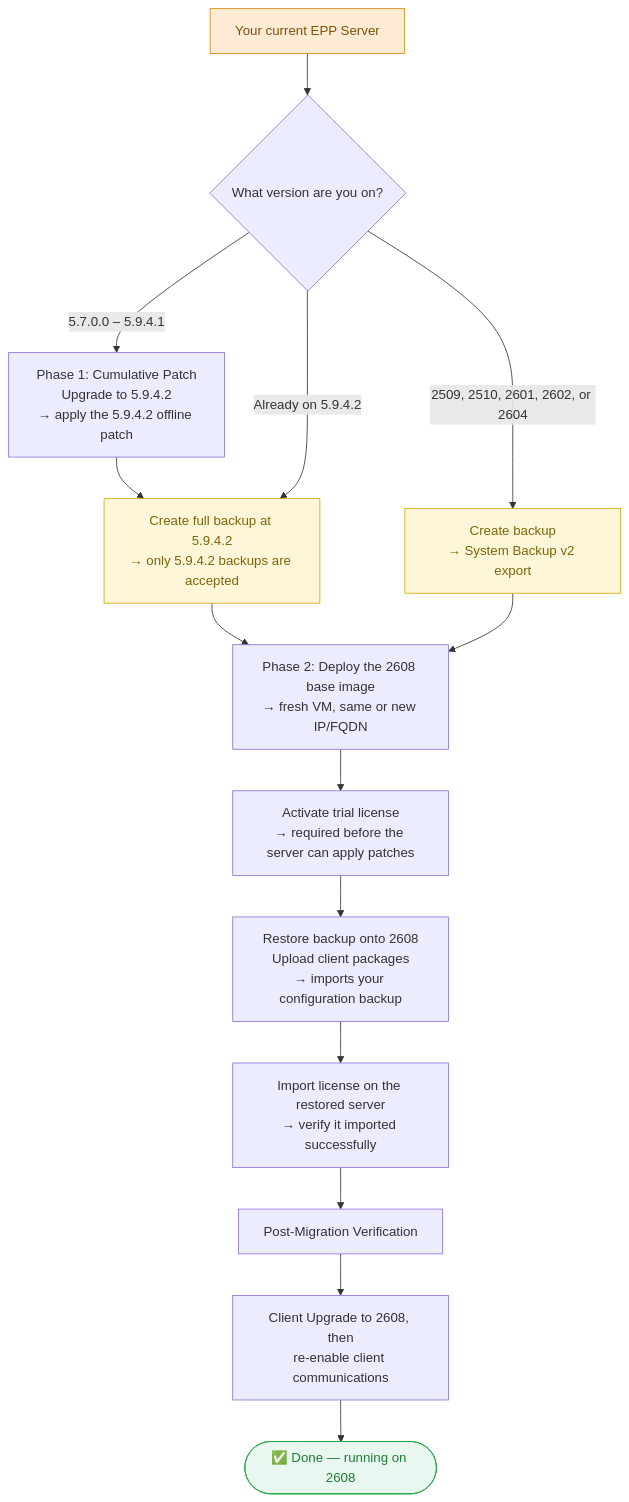
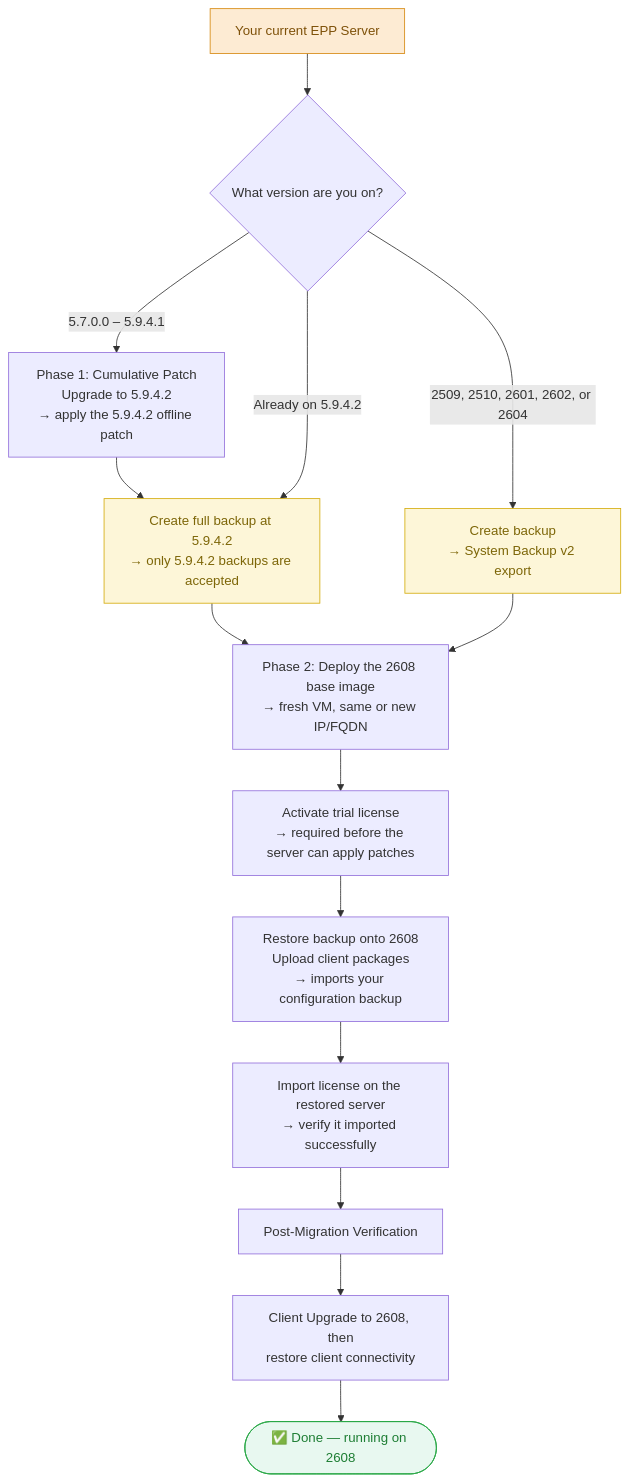
Before and after one commit to netwrix/docs: the diagram in docs/endpointprotector/install/migrationprocedure/migrationguide.md, drawn with Mermaid. The commit also changed other lines of this file and 40 other files, not shown here.

````diff
--- a/docs/endpointprotector/install/migrationprocedure/migrationguide.md
+++ b/docs/endpointprotector/install/migrationprocedure/migrationguide.md
@@ -43,28 +43,28 @@
 ```mermaid
 flowchart TD
     Start["Your current EPP Server"] --> Q{"What version are you on?"}
 
     Q -->|"5.7.0.0 – 5.9.4.1"| Patch["Phase 1: Cumulative Patch<br/>Upgrade to 5.9.4.2<br/>→ apply the 5.9.4.2 offline patch"]
     Patch --> Backup1["Create full backup at 5.9.4.2<br/>→ only 5.9.4.2 backups are accepted"]
     Q -->|"Already on 5.9.4.2"| Backup1
 
     Q -->|"2509, 2510, 2601, 2602, or 2604"| Backup2["Create backup<br/>→ System Backup v2 export"]
 
     Backup1 --> Deploy["Phase 2: Deploy the 2608 base image<br/>→ fresh VM, same or new IP/FQDN"]
     Backup2 --> Deploy
 
     Deploy --> Trial["Activate trial license<br/>→ required before the server can apply patches"]
     Trial --> Restore["Restore backup onto 2608<br/>Upload client packages<br/>→ imports your configuration backup"]
     Restore --> License["Import license on the restored server<br/>→ verify it imported successfully"]
     License --> Verify["Post-Migration Verification"]
-    Verify --> ClientUpgrade["Client Upgrade to 2608, then<br/>re-enable client communications"]
+    Verify --> ClientUpgrade["Client Upgrade to 2608, then<br/>restore client connectivity"]
     ClientUpgrade --> Done(["✅ Done — running on 2608"])
 
     classDef startPoint fill:#fdebd3,stroke:#d68910,color:#7e5109
     classDef upgraded fill:#e8f8f0,stroke:#28a745,color:#1e7e34
     classDef backup fill:#fdf6d8,stroke:#d4ac0d,color:#7d6608
 
     class Start startPoint
     class Backup1,Backup2 backup
     class Done upgraded
 ```
````
